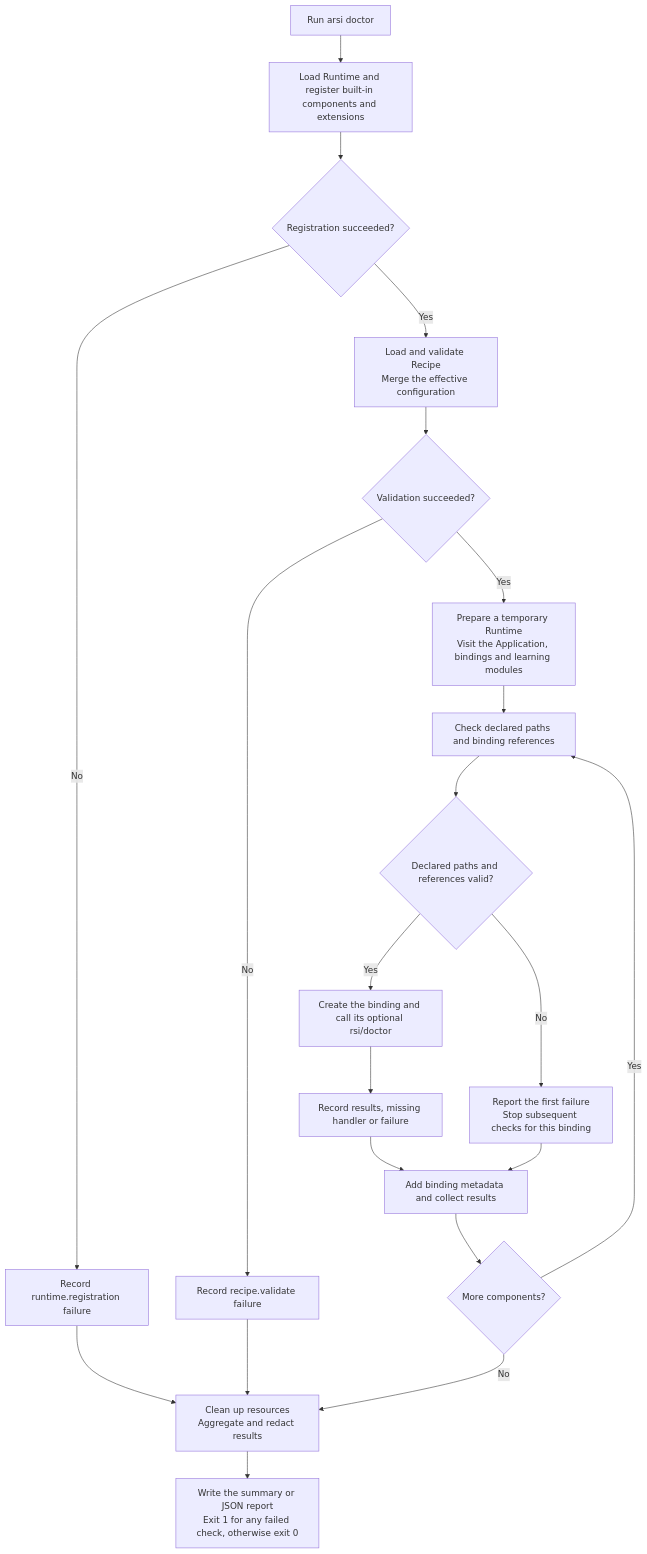
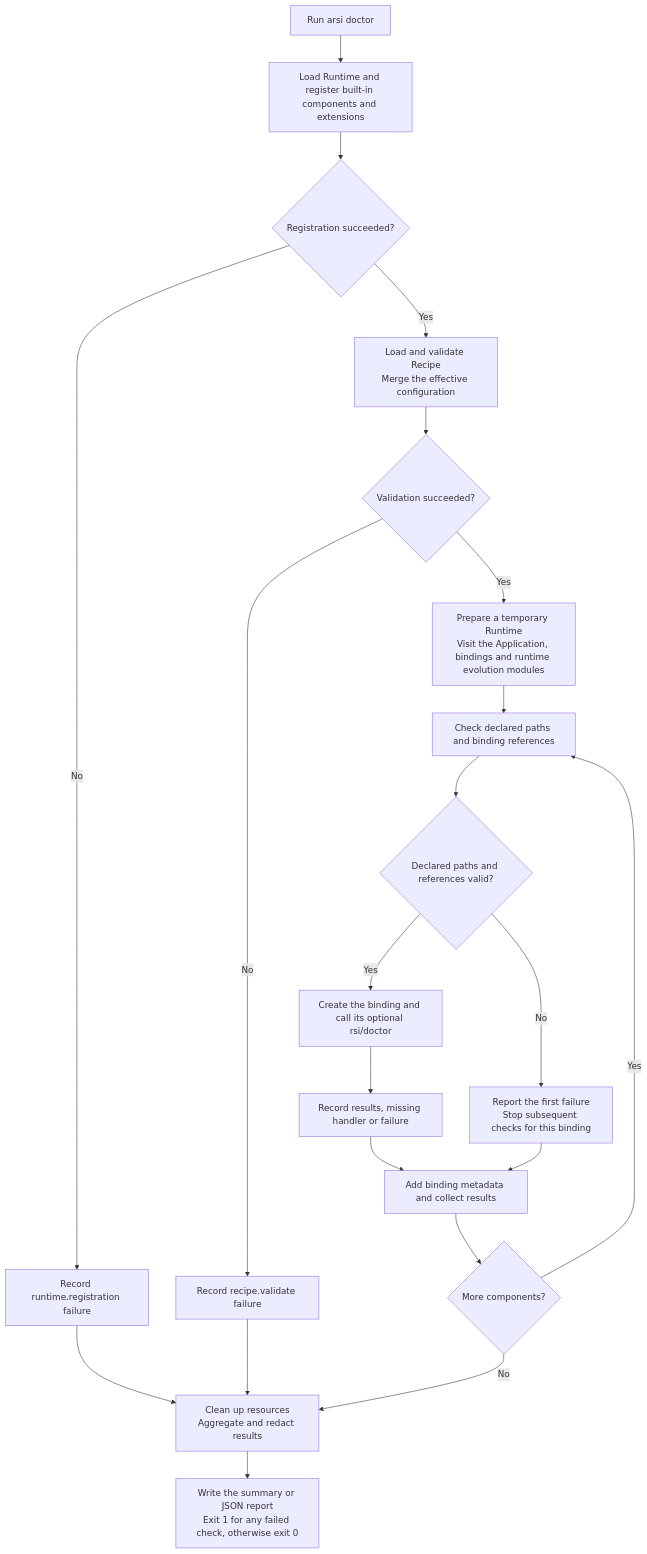
The diagram in docs/users/guides/doctor.md (ARSI-LAB/ARSI), drawn with Mermaid before and after one commit. The commit also changed other lines of this file and 129 other files, not shown here.

Commit message:
[feature] Unify runtime evolution naming across Memory and Reflection

````diff
--- a/docs/users/guides/doctor.md
+++ b/docs/users/guides/doctor.md
@@ -22,23 +22,23 @@
 ```mermaid
 flowchart TD
     A["Run arsi doctor"] --> B["Load Runtime and register built-in components and extensions"]
     B --> C{"Registration succeeded?"}
     C -- No --> D["Record runtime.registration failure"]
     C -- Yes --> E["Load and validate Recipe<br/>Merge the effective configuration"]
     E --> F{"Validation succeeded?"}
     F -- No --> G["Record recipe.validate failure"]
-    F -- Yes --> H["Prepare a temporary Runtime<br/>Visit the Application, bindings and learning modules"]
+    F -- Yes --> H["Prepare a temporary Runtime<br/>Visit the Application, bindings and runtime evolution modules"]
     H --> I["Check declared paths and binding references"]
     I --> J{"Declared paths and references valid?"}
     J -- Yes --> K["Create the binding and call its optional rsi/doctor"]
     K --> Q["Record results, missing handler or failure"]
     J -- No --> L["Report the first failure<br/>Stop subsequent checks for this binding"]
     Q --> M["Add binding metadata and collect results"]
     L --> M
     M --> N{"More components?"}
     N -- Yes --> I
     N -- No --> O["Clean up resources<br/>Aggregate and redact results"]
     D --> O
     G --> O
     O --> P["Write the summary or JSON report<br/>Exit 1 for any failed check, otherwise exit 0"]
 ```
````
